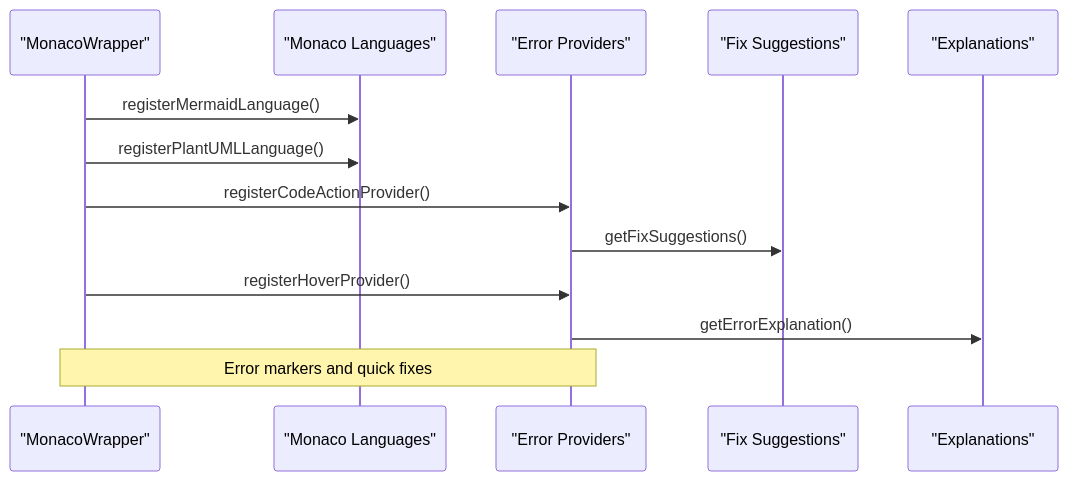
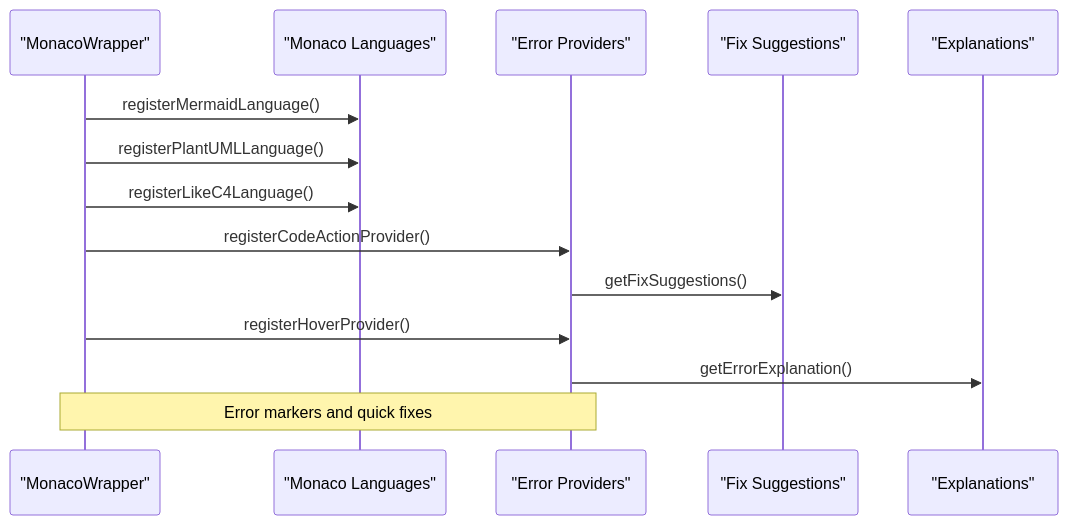
One commit to ongchonghian/universal-diagram-editor changed the fifth of 6 diagrams in .qoder/repowiki/en/content/Editor Architecture/Synchronization Mechanisms.md. Above: the diagram before and after it, drawn with Mermaid. The commit also changed other lines of this file and 31 other files, not shown here.

````diff
--- a/.qoder/repowiki/en/content/Editor Architecture/Synchronization Mechanisms.md
+++ b/.qoder/repowiki/en/content/Editor Architecture/Synchronization Mechanisms.md
@@ -304,15 +268,16 @@
 ```mermaid
 sequenceDiagram
 participant Editor as "MonacoWrapper"
 participant Lang as "Monaco Languages"
 participant Diag as "Error Providers"
 participant Fixes as "Fix Suggestions"
 participant Expl as "Explanations"
 Editor->>Lang : registerMermaidLanguage()
 Editor->>Lang : registerPlantUMLLanguage()
+Editor->>Lang : registerLikeC4Language()
 Editor->>Diag : registerCodeActionProvider()
 Diag->>Fixes : getFixSuggestions()
 Editor->>Diag : registerHoverProvider()
 Diag->>Expl : getErrorExplanation()
 Note over Editor,Diag : Error markers and quick fixes
 ```
````
